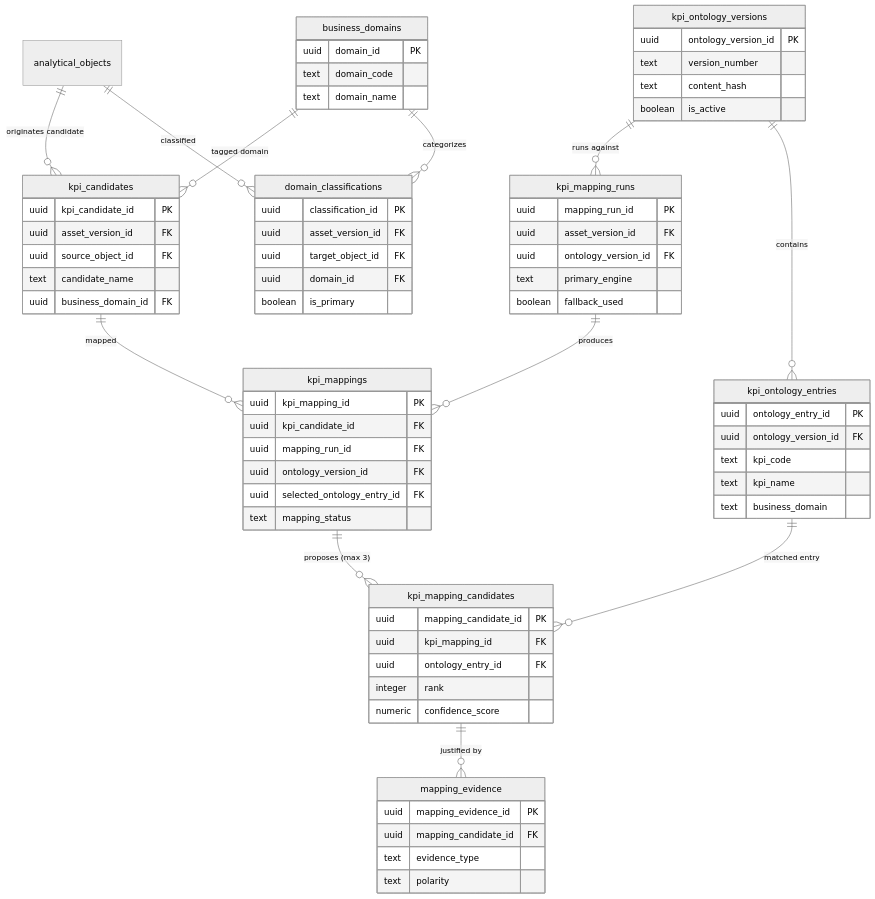
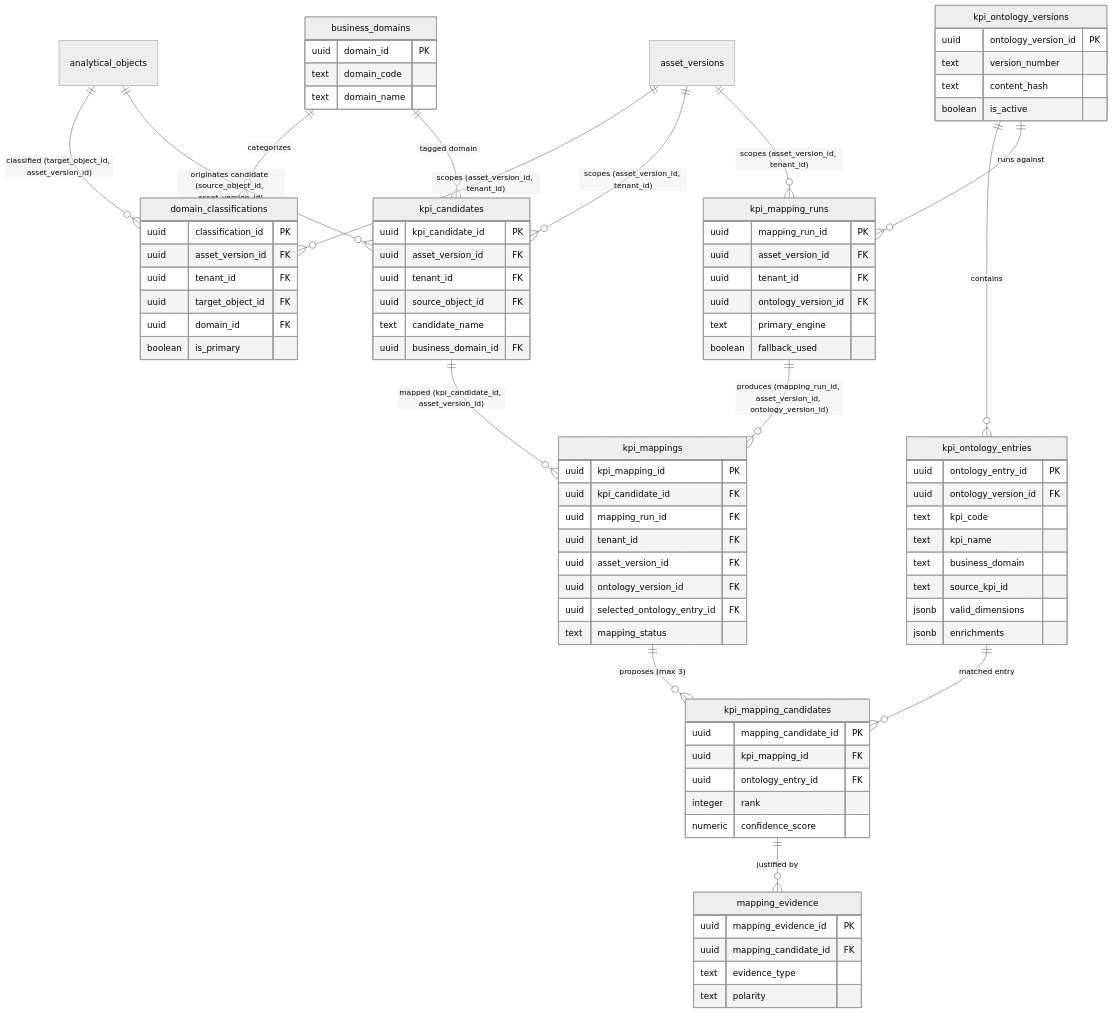
The seventh of 9 diagrams in docs/kpi-intelligence-canonical-model/er_diagram.md (suryanandanbabbar/KPI-Intelligence), drawn with Mermaid (neutral theme) before and after one commit. The commit also changed other lines of this file and 14 other files, not shown here.

Commit message:
feat(canonical-model): harden data model, tenant isolation, and KPI Bank integration

```diff
--- a/docs/kpi-intelligence-canonical-model/er_diagram.md
+++ b/docs/kpi-intelligence-canonical-model/er_diagram.md
@@ -466,6 +469,9 @@
         text kpi_code
         text kpi_name
         text business_domain
+        text source_kpi_id
+        jsonb valid_dimensions
+        jsonb enrichments
     }
     business_domains {
         uuid domain_id PK
@@ -475,6 +481,7 @@
     domain_classifications {
         uuid classification_id PK
         uuid asset_version_id FK
+        uuid tenant_id FK
         uuid target_object_id FK
         uuid domain_id FK
         boolean is_primary
@@ -482,6 +489,7 @@
     kpi_candidates {
         uuid kpi_candidate_id PK
         uuid asset_version_id FK
+        uuid tenant_id FK
         uuid source_object_id FK
         text candidate_name
         uuid business_domain_id FK
@@ -489,6 +497,7 @@
     kpi_mapping_runs {
         uuid mapping_run_id PK
         uuid asset_version_id FK
+        uuid tenant_id FK
         uuid ontology_version_id FK
         text primary_engine
         boolean fallback_used
@@ -497,6 +506,8 @@
         uuid kpi_mapping_id PK
         uuid kpi_candidate_id FK
         uuid mapping_run_id FK
+        uuid tenant_id FK
+        uuid asset_version_id FK
         uuid ontology_version_id FK
         uuid selected_ontology_entry_id FK
         text mapping_status
@@ -517,12 +528,15 @@
 
     kpi_ontology_versions ||--o{ kpi_ontology_entries : "contains"
     business_domains ||--o{ domain_classifications : "categorizes"
-    analytical_objects ||--o{ domain_classifications : "classified"
-    analytical_objects ||--o{ kpi_candidates : "originates candidate"
+    analytical_objects ||--o{ domain_classifications : "classified (target_object_id, asset_version_id)"
+    asset_versions ||--o{ domain_classifications : "scopes (asset_version_id, tenant_id)"
+    analytical_objects ||--o{ kpi_candidates : "originates candidate (source_object_id, asset_version_id)"
+    asset_versions ||--o{ kpi_candidates : "scopes (asset_version_id, tenant_id)"
     business_domains ||--o{ kpi_candidates : "tagged domain"
     kpi_ontology_versions ||--o{ kpi_mapping_runs : "runs against"
-    kpi_candidates ||--o{ kpi_mappings : "mapped"
-    kpi_mapping_runs ||--o{ kpi_mappings : "produces"
+    asset_versions ||--o{ kpi_mapping_runs : "scopes (asset_version_id, tenant_id)"
+    kpi_candidates ||--o{ kpi_mappings : "mapped (kpi_candidate_id, asset_version_id)"
+    kpi_mapping_runs ||--o{ kpi_mappings : "produces (mapping_run_id, asset_version_id, ontology_version_id)"
     kpi_mappings ||--o{ kpi_mapping_candidates : "proposes (max 3)"
     kpi_ontology_entries ||--o{ kpi_mapping_candidates : "matched entry"
     kpi_mapping_candidates ||--o{ mapping_evidence : "justified by"
```
